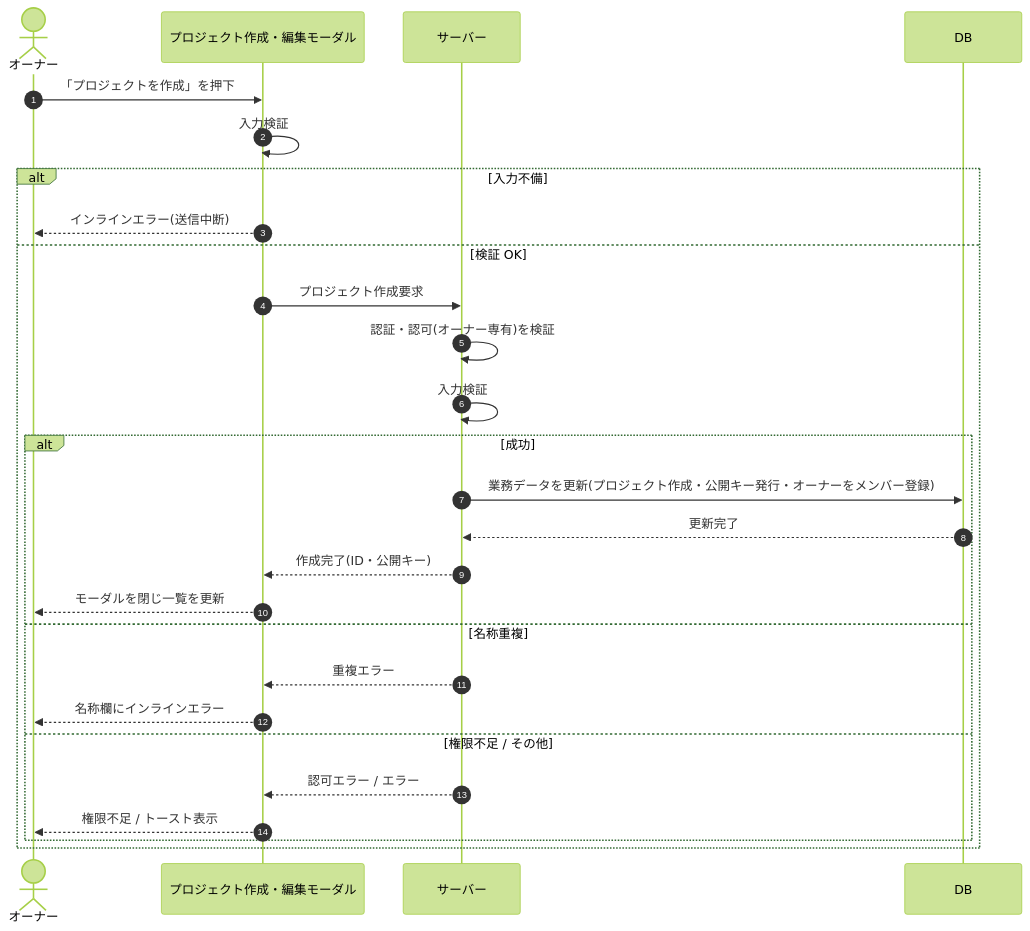
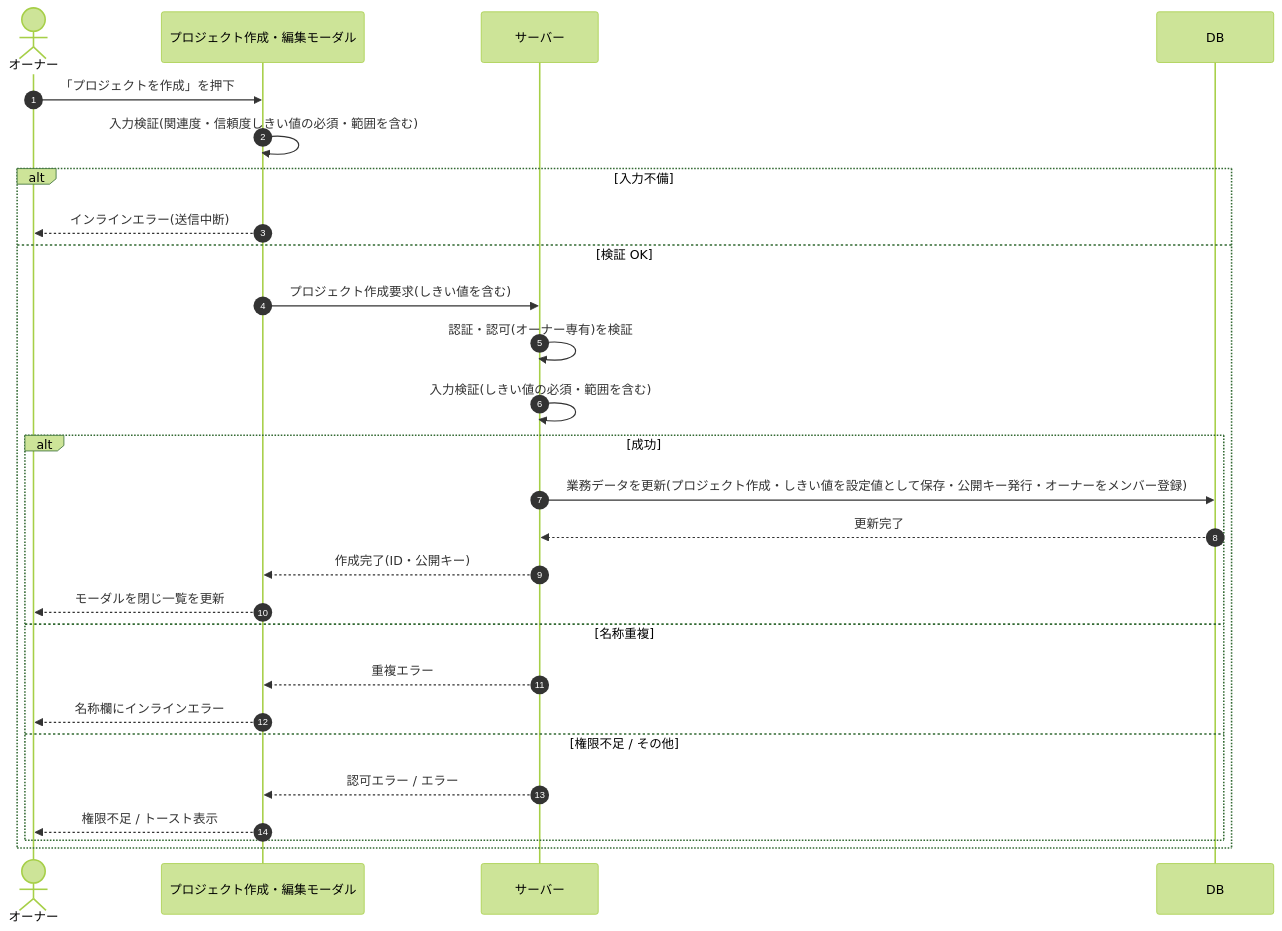
The diagram in 02_basic_design/03_sequences/SEQ-011.md (sikakou54/open-faq), drawn with Mermaid (forest theme) before and after one commit. The commit also changed other lines of this file and 32 other files, not shown here.

````diff
--- a/02_basic_design/03_sequences/SEQ-011.md
+++ b/02_basic_design/03_sequences/SEQ-011.md
@@ -15,29 +15,29 @@
 ```mermaid
 sequenceDiagram
   autonumber
   actor U as オーナー
   participant Screen as プロジェクト作成・編集モーダル
   participant Server as サーバー
   participant DB as DB
   U->>Screen: 「プロジェクトを作成」を押下
-  Screen->>Screen: 入力検証
+  Screen->>Screen: 入力検証(関連度・信頼度しきい値の必須・範囲を含む)
   alt 入力不備
     Screen-->>U: インラインエラー(送信中断)
   else 検証 OK
-    Screen->>Server: プロジェクト作成要求
+    Screen->>Server: プロジェクト作成要求(しきい値を含む)
     Server->>Server: 認証・認可(オーナー専有)を検証
-    Server->>Server: 入力検証
+    Server->>Server: 入力検証(しきい値の必須・範囲を含む)
     alt 成功
-      Server->>DB: 業務データを更新(プロジェクト作成・公開キー発行・オーナーをメンバー登録)
+      Server->>DB: 業務データを更新(プロジェクト作成・しきい値を設定値として保存・公開キー発行・オーナーをメンバー登録)
       DB-->>Server: 更新完了
       Server-->>Screen: 作成完了(ID・公開キー)
       Screen-->>U: モーダルを閉じ一覧を更新
     else 名称重複
       Server-->>Screen: 重複エラー
       Screen-->>U: 名称欄にインラインエラー
     else 権限不足 / その他
       Server-->>Screen: 認可エラー / エラー
       Screen-->>U: 権限不足 / トースト表示
     end
   end
 ```
````
